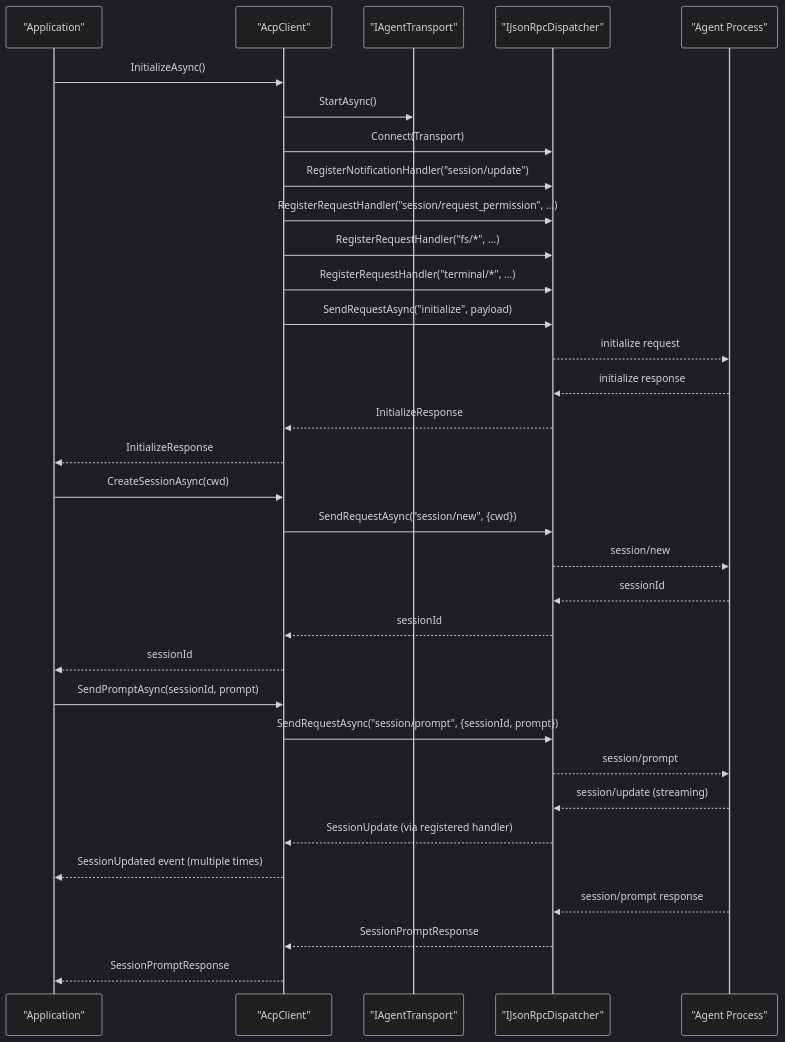
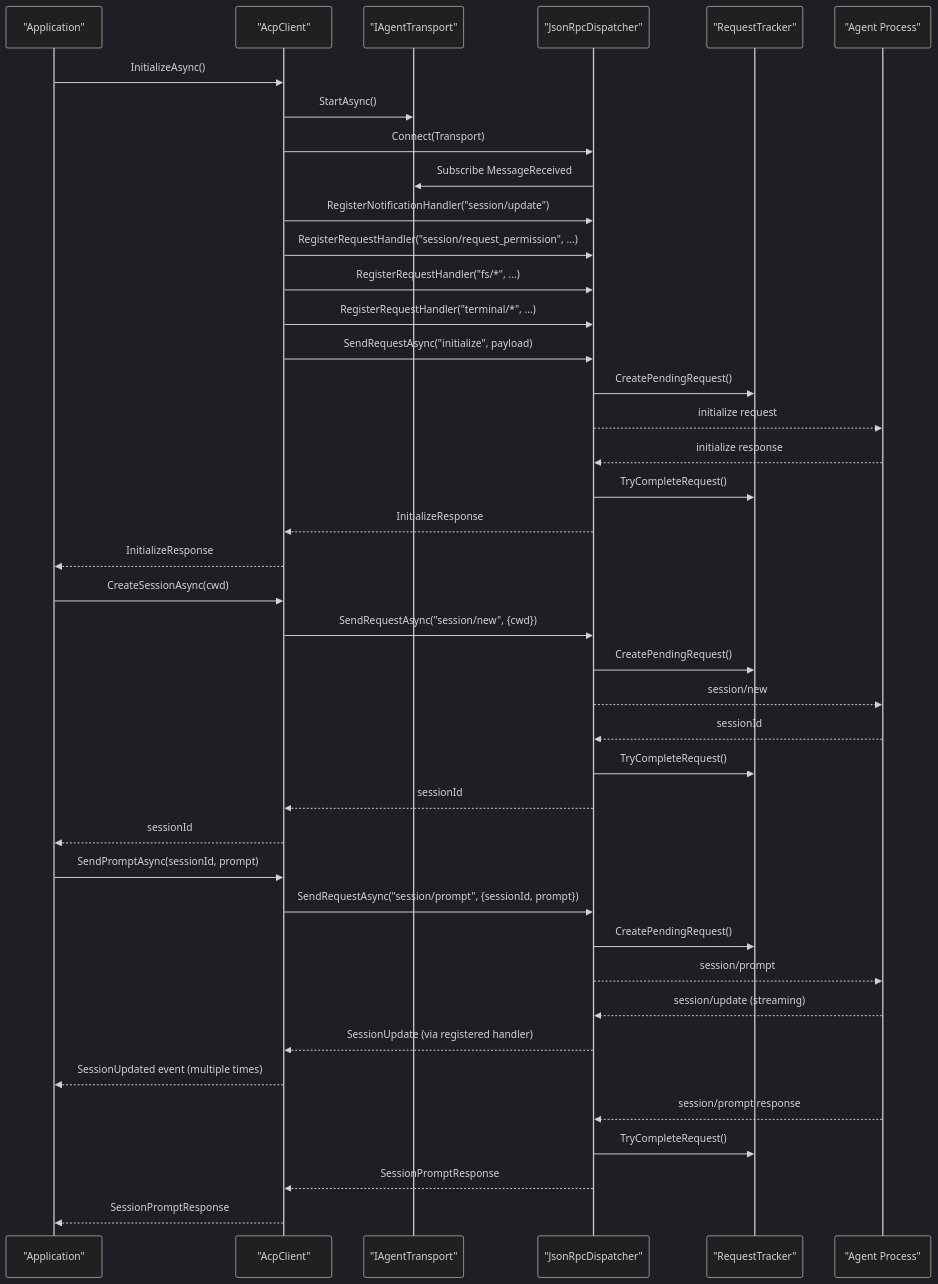
Before and after one commit to AgenticDesktop/ACPLibrary: the second of 3 diagrams in .qoder/repowiki/en/content/Core Client API/Core Client API.md, drawn with Mermaid (dark theme). The commit also changed other lines of this file and 63 other files, not shown here.

````diff
--- a/.qoder/repowiki/en/content/Core Client API/Core Client API.md
+++ b/.qoder/repowiki/en/content/Core Client API/Core Client API.md
@@ -125,35 +161,43 @@
 ```mermaid
 sequenceDiagram
 participant App as "Application"
 participant Client as "AcpClient"
 participant Transport as "IAgentTransport"
-participant Dispatcher as "IJsonRpcDispatcher"
+participant Dispatcher as "JsonRpcDispatcher"
+participant Tracker as "RequestTracker"
 participant Agent as "Agent Process"
 App->>Client : InitializeAsync()
 Client->>Transport : StartAsync()
 Client->>Dispatcher : Connect(Transport)
+Dispatcher->>Transport : Subscribe MessageReceived
 Client->>Dispatcher : RegisterNotificationHandler("session/update")
 Client->>Dispatcher : RegisterRequestHandler("session/request_permission", ...)
 Client->>Dispatcher : RegisterRequestHandler("fs/*", ...)
 Client->>Dispatcher : RegisterRequestHandler("terminal/*", ...)
 Client->>Dispatcher : SendRequestAsync("initialize", payload)
+Dispatcher->>Tracker : CreatePendingRequest()
 Dispatcher-->>Agent : initialize request
 Agent-->>Dispatcher : initialize response
+Dispatcher->>Tracker : TryCompleteRequest()
 Dispatcher-->>Client : InitializeResponse
 Client-->>App : InitializeResponse
 App->>Client : CreateSessionAsync(cwd)
 Client->>Dispatcher : SendRequestAsync("session/new", {cwd})
+Dispatcher->>Tracker : CreatePendingRequest()
 Dispatcher-->>Agent : session/new
 Agent-->>Dispatcher : sessionId
+Dispatcher->>Tracker : TryCompleteRequest()
 Dispatcher-->>Client : sessionId
 Client-->>App : sessionId
 App->>Client : SendPromptAsync(sessionId, prompt)
 Client->>Dispatcher : SendRequestAsync("session/prompt", {sessionId, prompt})
+Dispatcher->>Tracker : CreatePendingRequest()
 Dispatcher-->>Agent : session/prompt
 Agent-->>Dispatcher : session/update (streaming)
 Dispatcher-->>Client : SessionUpdate (via registered handler)
 Client-->>App : SessionUpdated event (multiple times)
 Agent-->>Dispatcher : session/prompt response
+Dispatcher->>Tracker : TryCompleteRequest()
 Dispatcher-->>Client : SessionPromptResponse
 Client-->>App : SessionPromptResponse
 ```
````
